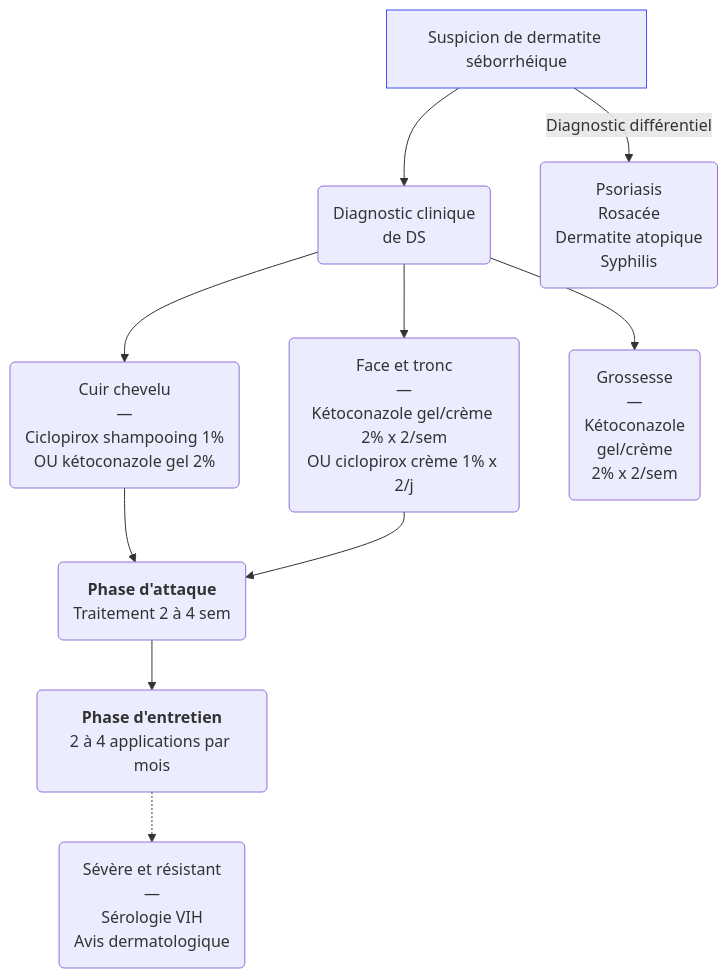
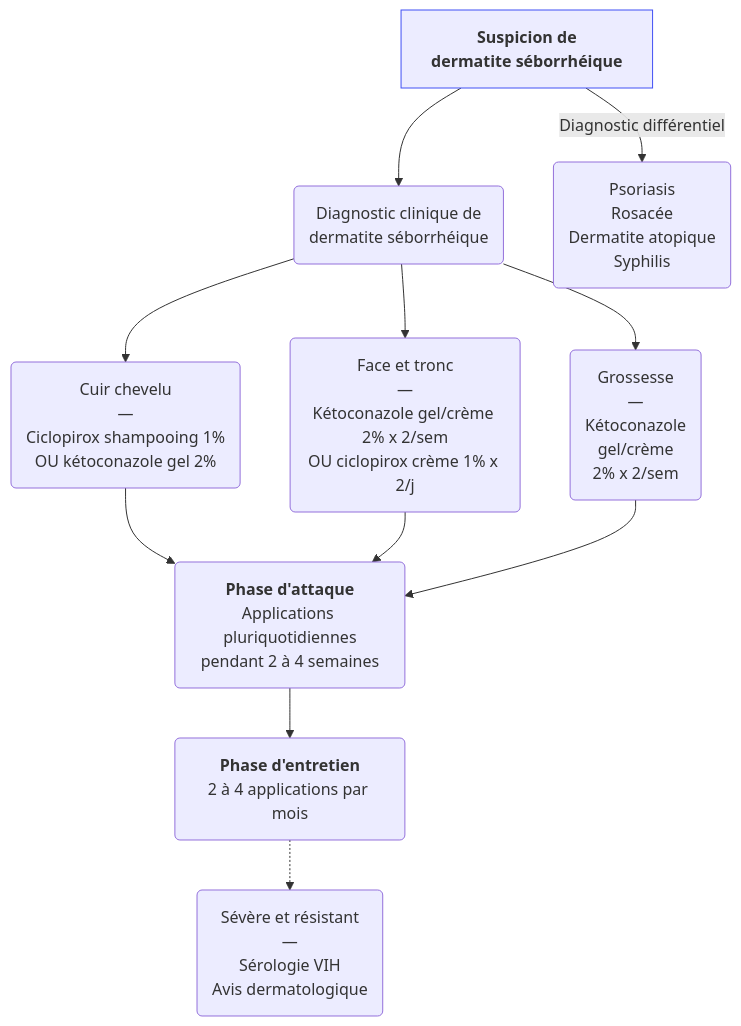
The diagram in content/recommandations/dermatite-seborrheique.md (djibe/recommandations-medicales), drawn with Mermaid before and after one commit. The commit also changed other lines of this file and 11 other files, not shown here.

```diff
--- a/content/recommandations/dermatite-seborrheique.md
+++ b/content/recommandations/dermatite-seborrheique.md
@@ -151,13 +152,11 @@
 {{< mermaid title="Prise en charge de la dermatite séborrhéique par le médecin généraliste. Dr JB Fron d'après CEDEF 2023 et CMIT" >}}
 graph TB
-  suspicion[Suspicion de dermatite séborrhéique] --> diagnostic(Diagnostic clinique<br>de DS)
+  suspicion["<b>Suspicion de<br>dermatite séborrhéique</b>"] --> diagnostic("Diagnostic clinique de<br>dermatite séborrhéique")
   style suspicion stroke:#4150f5, stroke-width:1px
   suspicion -- Diagnostic différentiel --> differentiel(Psoriasis<br>Rosacée<br>Dermatite atopique<br>Syphilis)
-  diagnostic --> scalp("Cuir chevelu<br>—<br>Ciclopirox shampooing 1%<br>OU kétoconazole gel 2%")
-  diagnostic --> face("Face et tronc<br>—<br>Kétoconazole gel/crème 2% x 2/sem<br>OU ciclopirox crème 1% x 2/j")
-  diagnostic --> grossesse("Grossesse<br>—<br>Kétoconazole<br>gel/crème<br>2% x 2/sem")
-    scalp --> attaque("<b>Phase d'attaque</b><br>Traitement 2 à 4 sem")
-    face --> attaque
+  diagnostic --> scalp("Cuir chevelu<br>—<br>Ciclopirox shampooing 1%<br>OU kétoconazole gel 2%") --> attaque("<b>Phase d'attaque</b><br>Applications pluriquotidiennes<br>pendant 2 à 4 semaines")
+  diagnostic --> face("Face et tronc<br>—<br>Kétoconazole gel/crème 2% x 2/sem<br>OU ciclopirox crème 1% x 2/j") --> attaque
+  diagnostic --> grossesse("Grossesse<br>—<br>Kétoconazole<br>gel/crème<br>2% x 2/sem") --> attaque
       attaque --> entretien("<b>Phase d'entretien</b><br>2 à 4 applications par mois")
         entretien -.-> severe("Sévère et résistant<br>—<br>Sérologie VIH<br>Avis dermatologique")
 {{< /mermaid >}}
```
